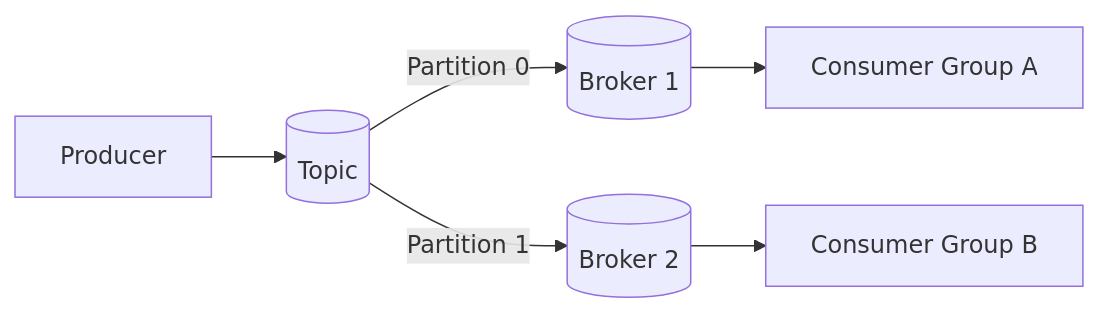
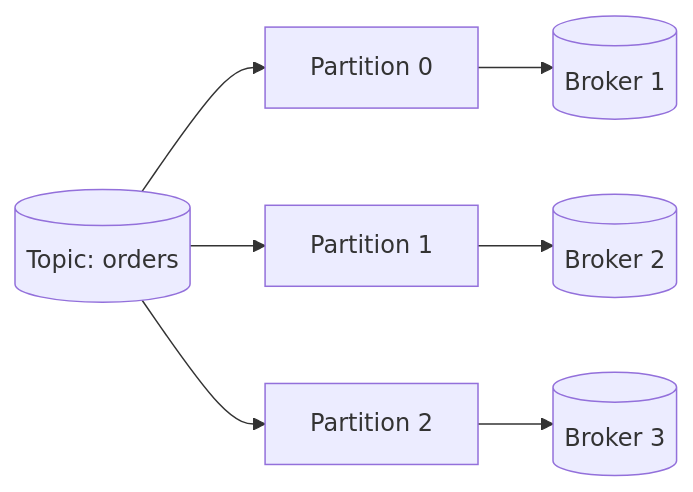
One commit to thanhmati/einvoice-backend changed the third of 5 diagrams in lessons/22 apache kafka.md. Above: the diagram before and after it, drawn with Mermaid. The commit also changed other lines of this file, not shown here.

````diff
--- a/lessons/22 apache kafka.md
+++ b/lessons/22 apache kafka.md
@@ -18,8 +103,9 @@
 ```mermaid
 flowchart LR
-  P[Producer] --> T[(Topic)]
-  T -->|Partition 0| B1[(Broker 1)]
-  T -->|Partition 1| B2[(Broker 2)]
-  B1 --> C1[Consumer Group A]
-  B2 --> C2[Consumer Group B]
+  T[(Topic: orders)] --> P0[Partition 0]
+  T --> P1[Partition 1]
+  T --> P2[Partition 2]
+  P0 --> B1[(Broker 1)]
+  P1 --> B2[(Broker 2)]
+  P2 --> B3[(Broker 3)]
 ```
````
